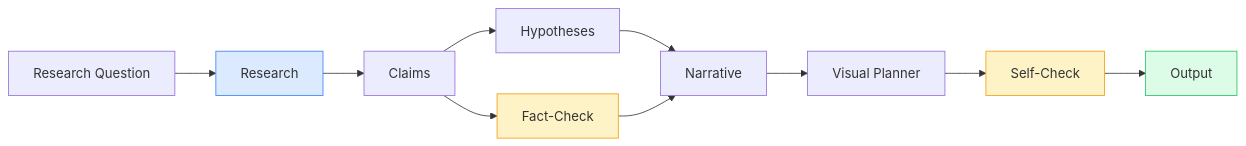
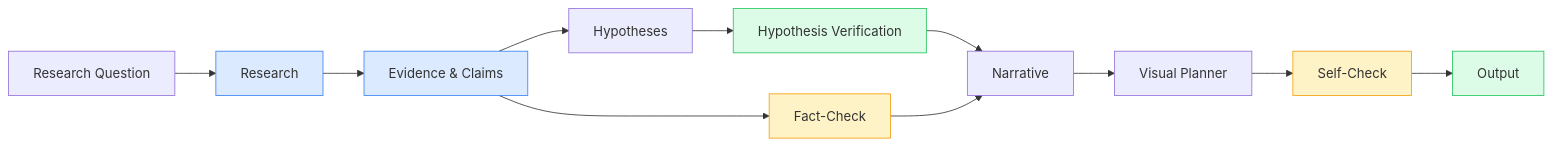
One commit to Terrad77/SCAD changed the first of 2 diagrams in README.md. Above: the diagram before and after it, drawn with Mermaid. The commit also changed other lines of this file and 44 other files, not shown here.

First line of the commit message:
feat: add Evidence & Research Engine with hypothesis verification and traceability

````diff
--- a/README.md
+++ b/README.md
@@ -8,17 +8,20 @@
 ```mermaid
 flowchart LR
     Q[Research Question] --> R[Research]
-    R --> C[Claims]
-    C --> H[Hypotheses]
-    C --> F[Fact-Check]
-    H --> N[Narrative]
+    R --> E[Evidence & Claims]
+    E --> H[Hypotheses]
+    H --> VF[Hypothesis Verification]
+    E --> F[Fact-Check]
+    VF --> N[Narrative]
     F --> N
     N --> V[Visual Planner]
     V --> S[Self-Check]
     S --> O[Output]
 
     style R fill:#dbeafe,stroke:#3b82f6
+    style E fill:#dbeafe,stroke:#3b82f6
+    style VF fill:#dcfce7,stroke:#22c55e
     style F fill:#fef3c7,stroke:#f59e0b
     style S fill:#fef3c7,stroke:#f59e0b
     style O fill:#dcfce7,stroke:#22c55e
 ```
````
